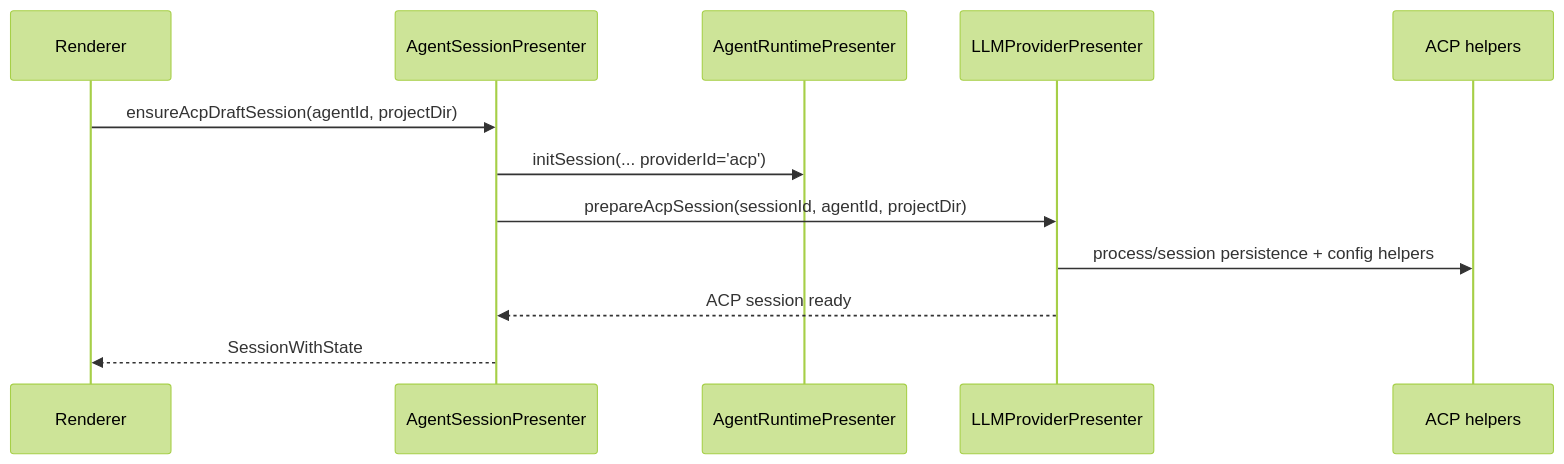
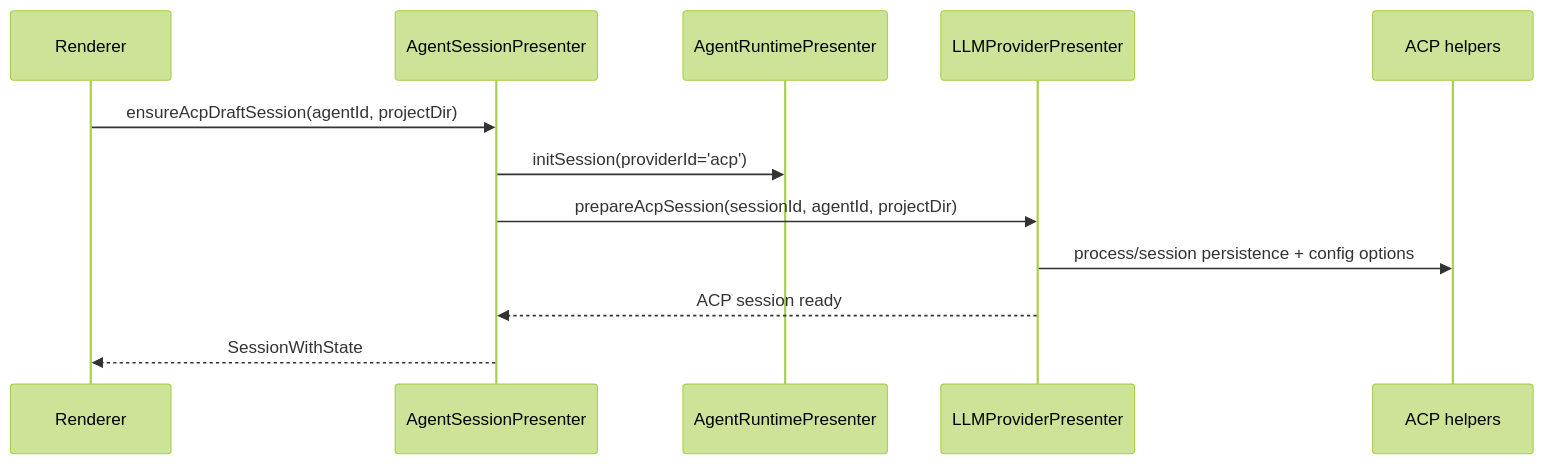
The fifth of 9 diagrams in docs/FLOWS.md (ThinkInAIXYZ/deepchat), drawn with Mermaid (forest theme) before and after one commit. The commit also changed other lines of this file and 426 other files, not shown here.

````diff
--- a/docs/FLOWS.md
+++ b/docs/FLOWS.md
@@ -94,15 +123,15 @@
 ```mermaid
 sequenceDiagram
     participant R as Renderer
     participant N as AgentSessionPresenter
     participant D as AgentRuntimePresenter
     participant L as LLMProviderPresenter
     participant A as ACP helpers
 
     R->>N: ensureAcpDraftSession(agentId, projectDir)
-    N->>D: initSession(... providerId='acp')
+    N->>D: initSession(providerId='acp')
     N->>L: prepareAcpSession(sessionId, agentId, projectDir)
-    L->>A: process/session persistence + config helpers
+    L->>A: process/session persistence + config options
     L-->>N: ACP session ready
     N-->>R: SessionWithState
 ```
````
